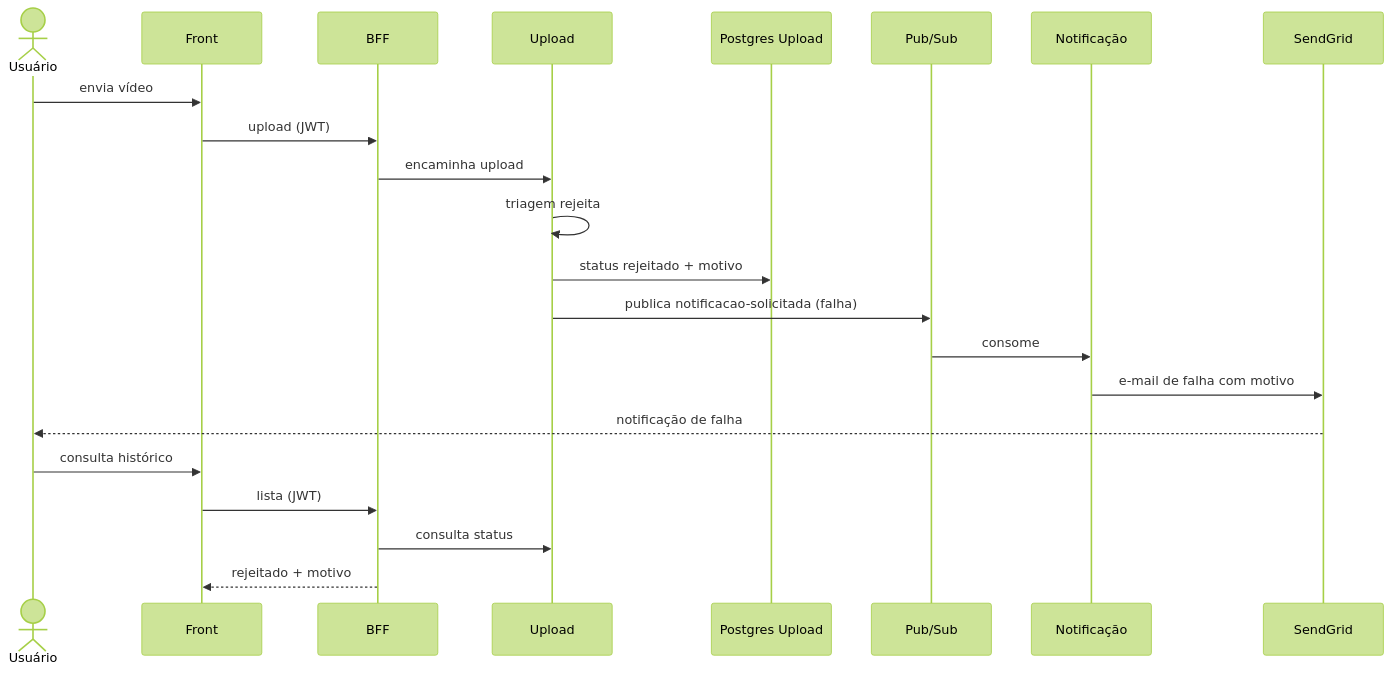
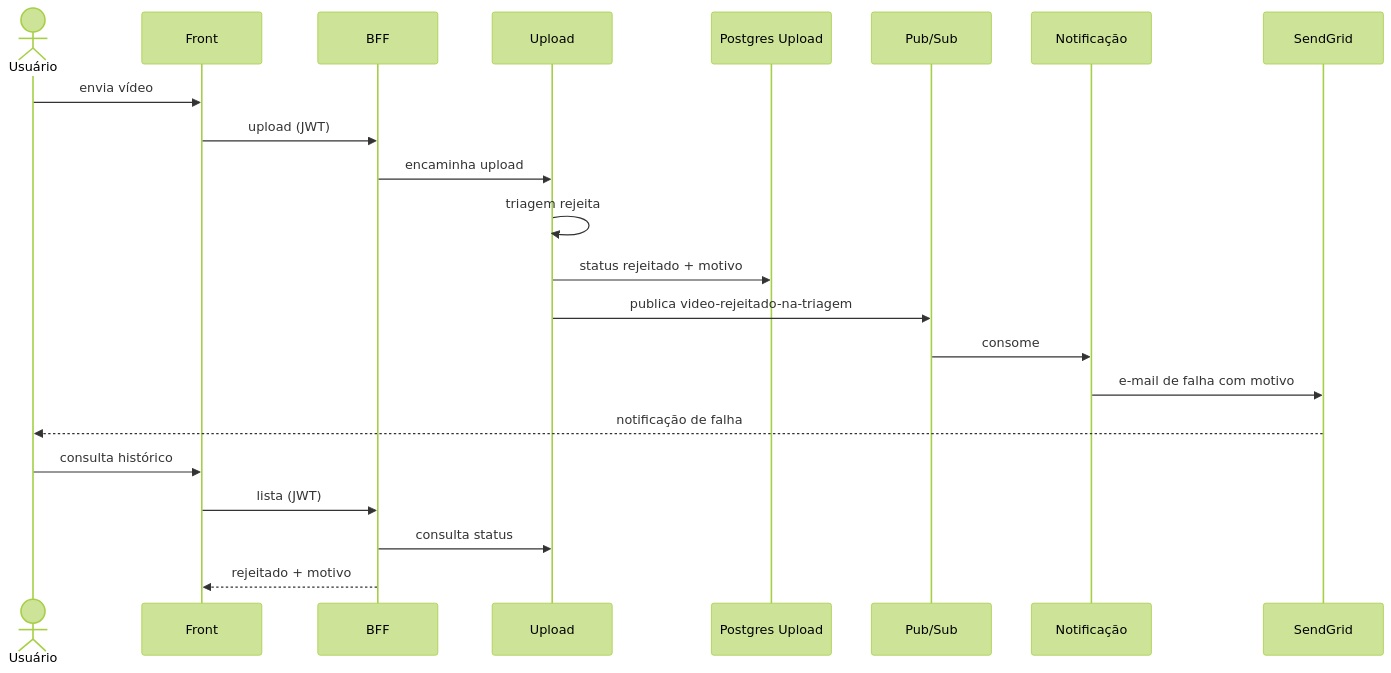
One commit to fiap-x-vcosta/docs changed the diagram in fluxo-e-estados/03_rejeicao-na-triagem.md. Above: the diagram before and after it, drawn with Mermaid (forest theme). The commit also changed 15 other files, not shown here.

````diff
--- a/fluxo-e-estados/03_rejeicao-na-triagem.md
+++ b/fluxo-e-estados/03_rejeicao-na-triagem.md
@@ -1,25 +1,25 @@
 ```mermaid
 sequenceDiagram
   actor U as Usuário
   participant Web as Front
   participant BFF as BFF
   participant Up as Upload
   participant PGU as Postgres Upload
   participant Bus as Pub/Sub
   participant Notif as Notificação
   participant SG as SendGrid
 
   U->>Web: envia vídeo
   Web->>BFF: upload (JWT)
   BFF->>Up: encaminha upload
   Up->>Up: triagem rejeita
   Up->>PGU: status rejeitado + motivo
-  Up->>Bus: publica notificacao-solicitada (falha)
+  Up->>Bus: publica video-rejeitado-na-triagem
   Bus->>Notif: consome
   Notif->>SG: e-mail de falha com motivo
   SG-->>U: notificação de falha
   U->>Web: consulta histórico
   Web->>BFF: lista (JWT)
   BFF->>Up: consulta status
   BFF-->>Web: rejeitado + motivo
 ```
````
